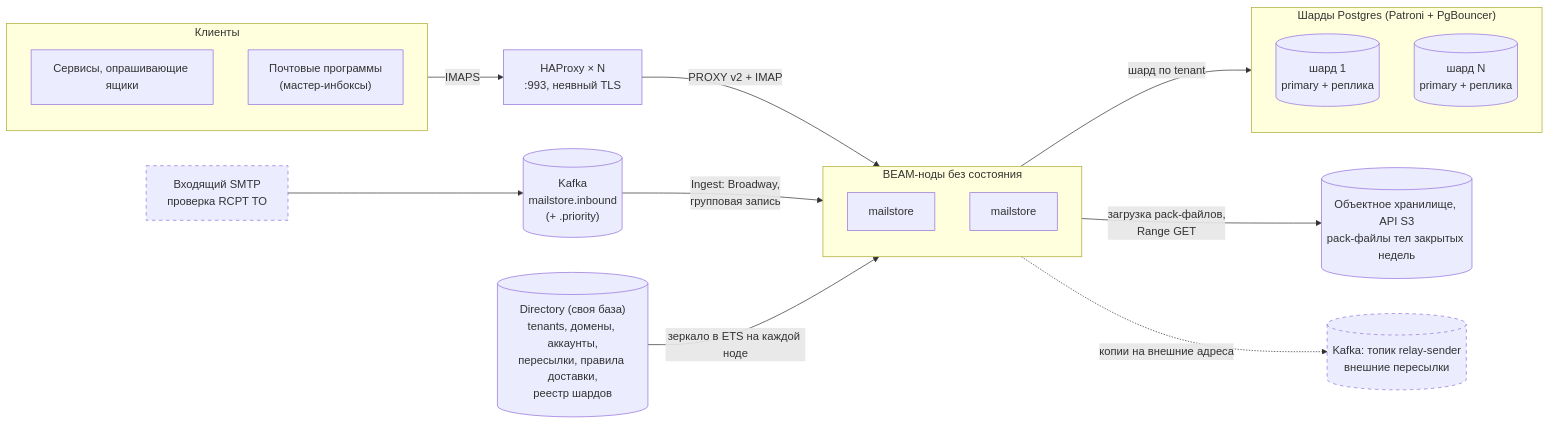
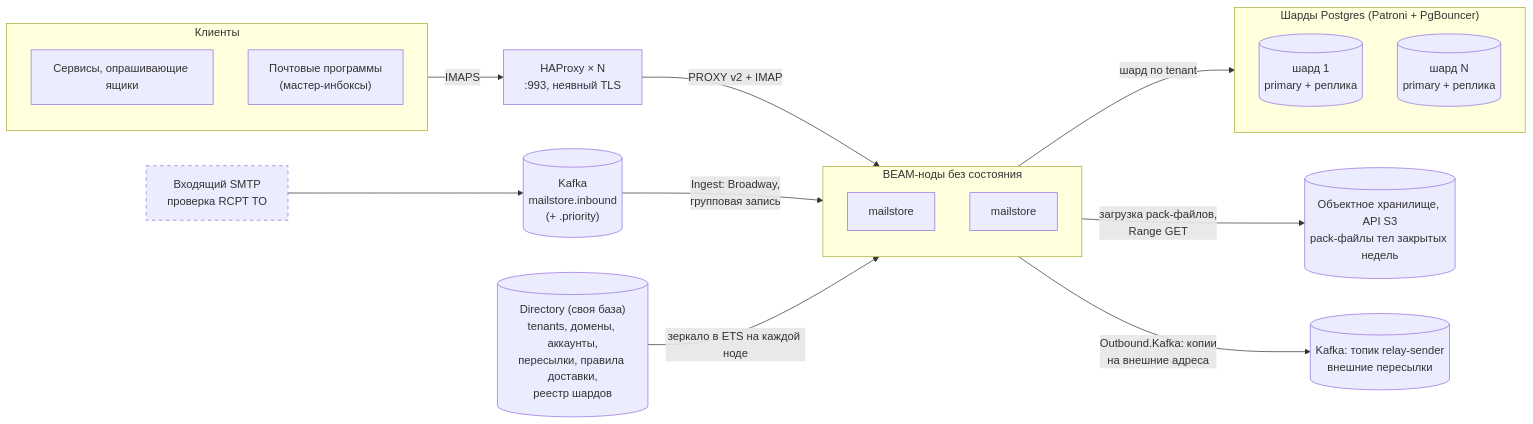
One commit to ichi404gh/mailstore changed the first of 8 diagrams in docs/architecture.md. Above: the diagram before and after it, drawn with Mermaid. The commit also changed other lines of this file and 21 other files, not shown here.

First line of the commit message:
Outbound: forwards to external targets, through the relay sender's Kafka topic

````diff
--- a/docs/architecture.md
+++ b/docs/architecture.md
@@ -18,38 +18,38 @@
 ```mermaid
 flowchart LR
   subgraph clients["Клиенты"]
     poll["Сервисы, опрашивающие ящики"]
     mua["Почтовые программы<br/>(мастер-инбоксы)"]
   end
 
   smtp["Входящий SMTP<br/>проверка RCPT TO"]:::planned
   queue[("Kafka<br/>mailstore.inbound<br/>(+ .priority)")]
 
   hap["HAProxy × N<br/>:993, неявный TLS"]
 
   subgraph compute["BEAM-ноды без состояния"]
     n1["mailstore"]
     n2["mailstore"]
   end
 
   dir[("Directory (своя база)<br/>tenants, домены, аккаунты,<br/>пересылки, правила доставки,<br/>реестр шардов")]
 
   subgraph storage["Шарды Postgres (Patroni + PgBouncer)"]
     s1[("шард 1<br/>primary + реплика")]
     s2[("шард N<br/>primary + реплика")]
   end
 
   obj[("Объектное хранилище, API S3<br/>pack-файлы тел закрытых недель")]
-  relay[("Kafka: топик relay-sender<br/>внешние пересылки")]:::planned
+  relay[("Kafka: топик relay-sender<br/>внешние пересылки")]
 
   clients -->|IMAPS| hap
   hap -->|"PROXY v2 + IMAP"| compute
   smtp --> queue
   queue -->|"Ingest: Broadway,<br/>групповая запись"| compute
   dir -->|"зеркало в ETS на каждой ноде"| compute
   compute -->|"шард по tenant"| storage
   compute -->|"загрузка pack-файлов,<br/>Range GET"| obj
-  compute -.->|"копии на внешние адреса"| relay
+  compute -->|"Outbound.Kafka: копии<br/>на внешние адреса"| relay
 
   classDef planned stroke-dasharray: 5 5
 ```
````
